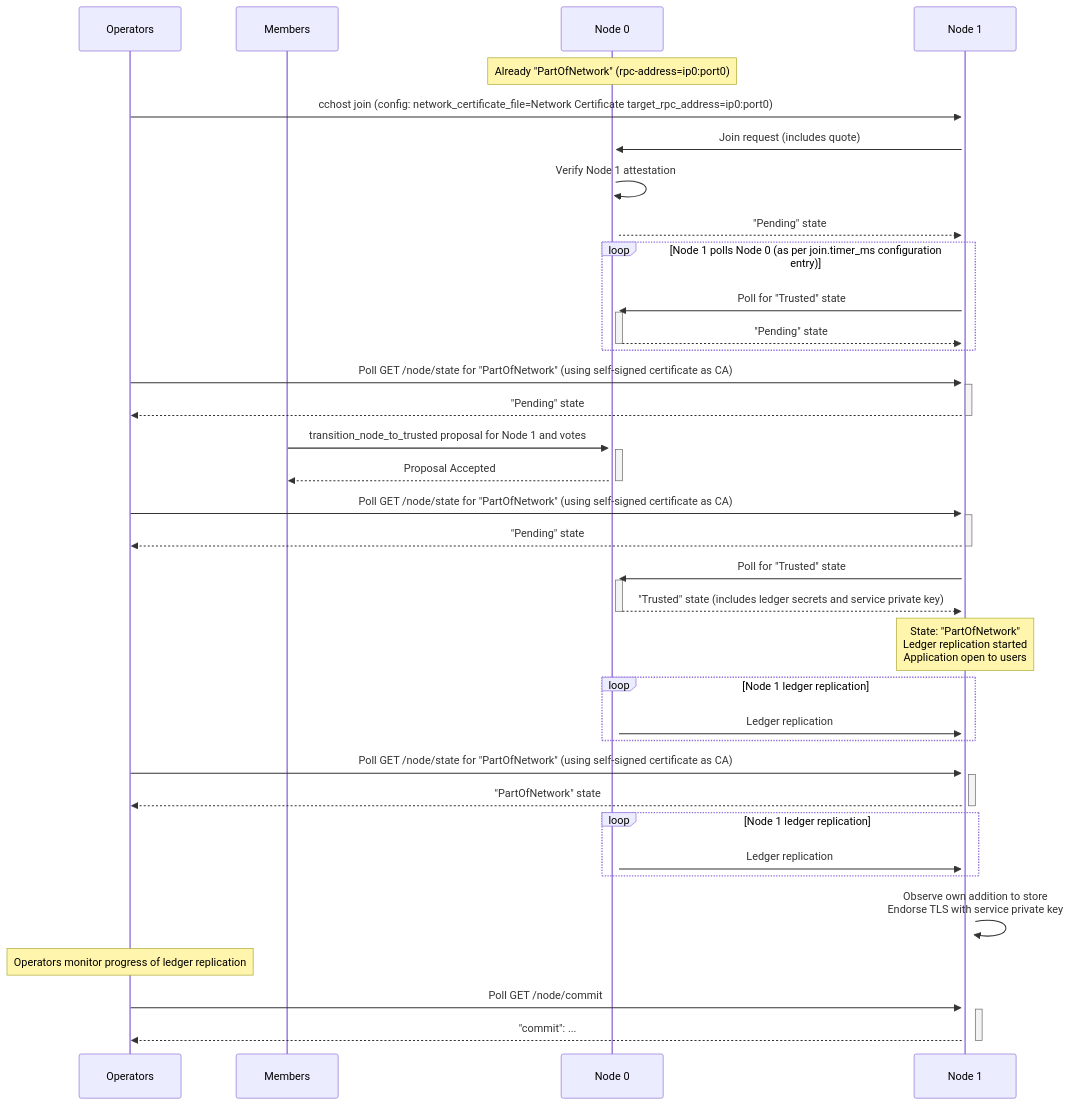
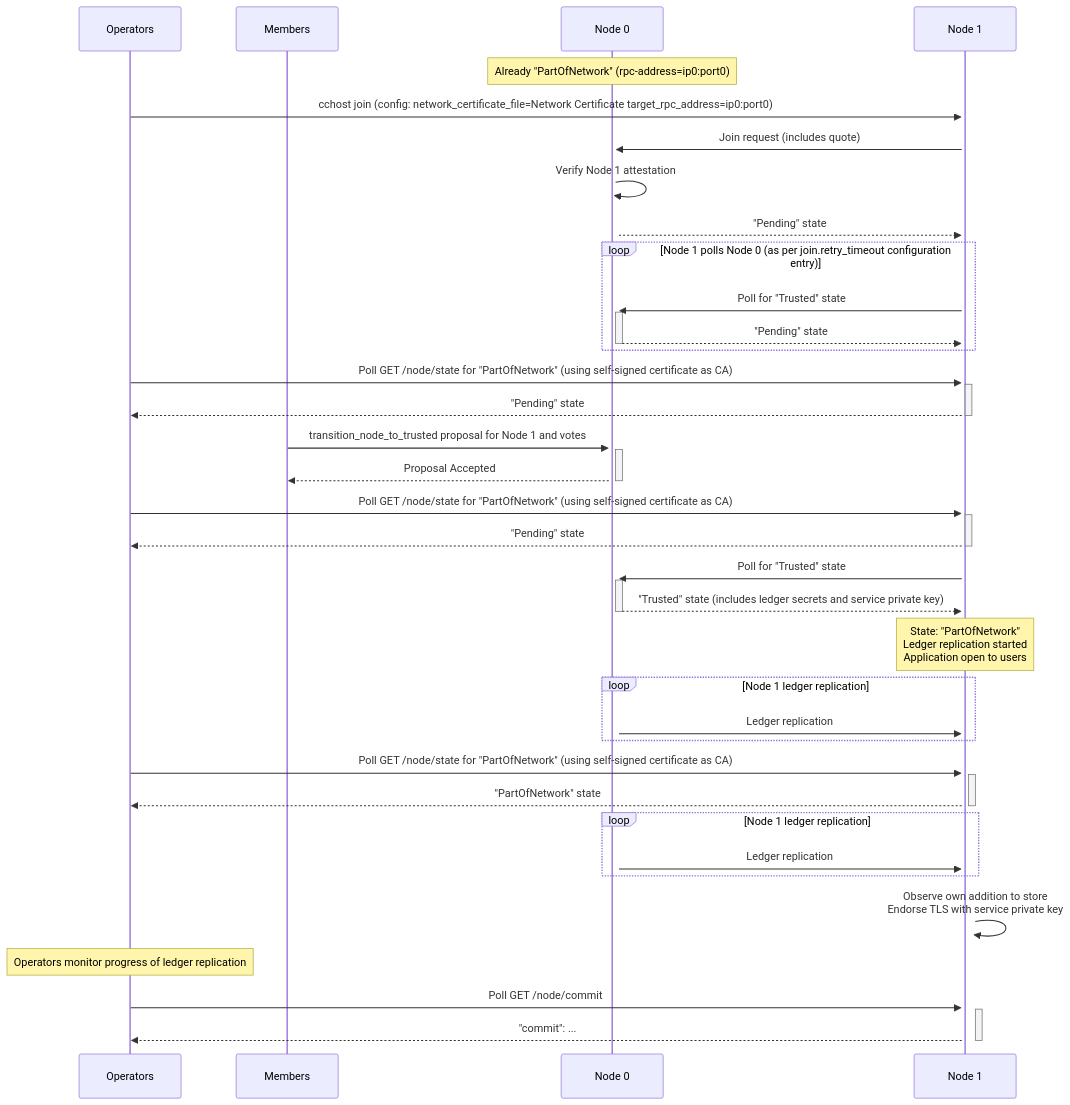
The third of 3 diagrams in doc/operations/start_network.rst (microsoft/CCF), drawn with Mermaid before and after one commit. The commit also changed other lines of this file and 29 other files, not shown here.

```diff
--- a/doc/operations/start_network.rst
+++ b/doc/operations/start_network.rst
@@ -71,51 +71,51 @@
 .. mermaid::
 
     sequenceDiagram
         participant Operators
         participant Members
         participant Node 0
         participant Node 1
 
         Note over Node 0: Already "PartOfNetwork" (rpc-address=ip0:port0)
 
         Operators->>+Node 1: cchost join (config: network_certificate_file=Network Certificate target_rpc_address=ip0:port0)
 
         Node 1->>+Node 0: Join request (includes quote)
         Node 0->>+Node 0: Verify Node 1 attestation
         Node 0-->>Node 1: "Pending" state
 
-        loop Node 1 polls Node 0 (as per join.timer_ms configuration entry)
+        loop Node 1 polls Node 0 (as per join.retry_timeout configuration entry)
             Node 1->>+Node 0: Poll for "Trusted" state
             Node 0-->>-Node 1: "Pending" state
         end
 
         Operators->>+Node 1: Poll GET /node/state for "PartOfNetwork" (using self-signed certificate as CA)
         Node 1-->>-Operators: "Pending" state
 
         Members->>+Node 0: transition_node_to_trusted proposal for Node 1 and votes
         Node 0-->>-Members: Proposal Accepted
 
         Operators->>+Node 1: Poll GET /node/state for "PartOfNetwork" (using self-signed certificate as CA)
         Node 1-->>-Operators: "Pending" state
 
         Node 1->>+Node 0: Poll for "Trusted" state
         Node 0-->>-Node 1: "Trusted" state (includes ledger secrets and service private key)
 
         Note over Node 1: State: "PartOfNetwork" <br/> Ledger replication started <br/> Application open to users
 
         loop Node 1 ledger replication
             Node 0->>+Node 1: Ledger replication
         end
 
         Operators->>+Node 1: Poll GET /node/state for "PartOfNetwork" (using self-signed certificate as CA)
         Node 1-->>-Operators: "PartOfNetwork" state
 
         loop Node 1 ledger replication
             Node 0->>+Node 1: Ledger replication
         end
 
         Node 1->>+Node 1: Observe own addition to store <br> Endorse TLS with service private key
 
         Note over Operators: Operators monitor progress of ledger replication
         Operators->>+Node 1: Poll GET /node/commit
         Node 1-->>-Operators: "commit": ...
```
